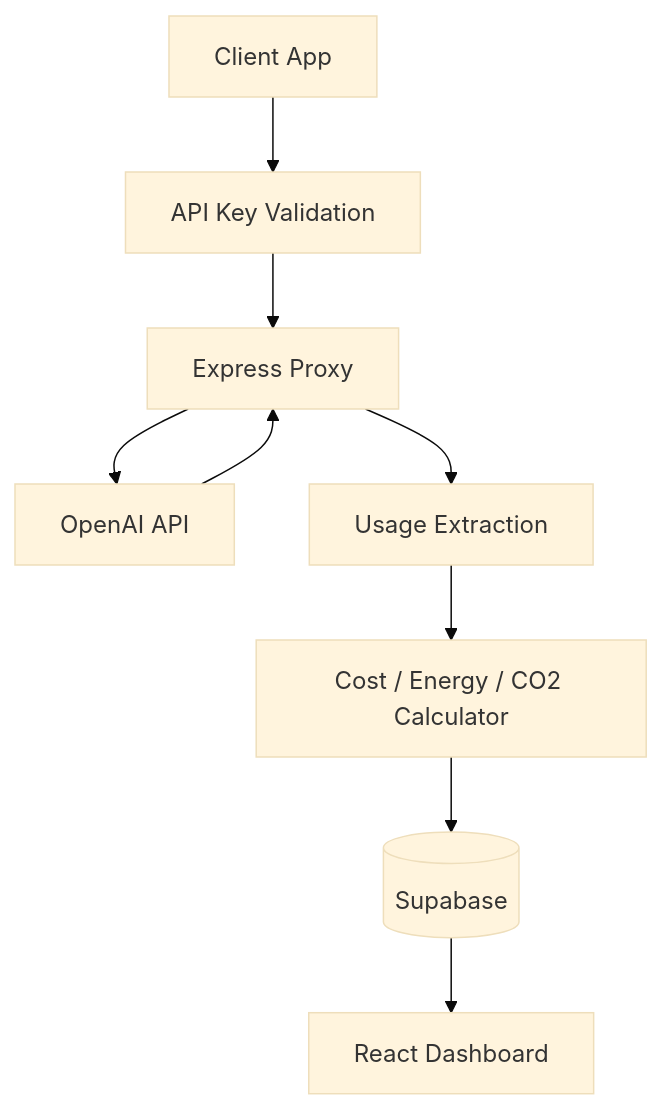
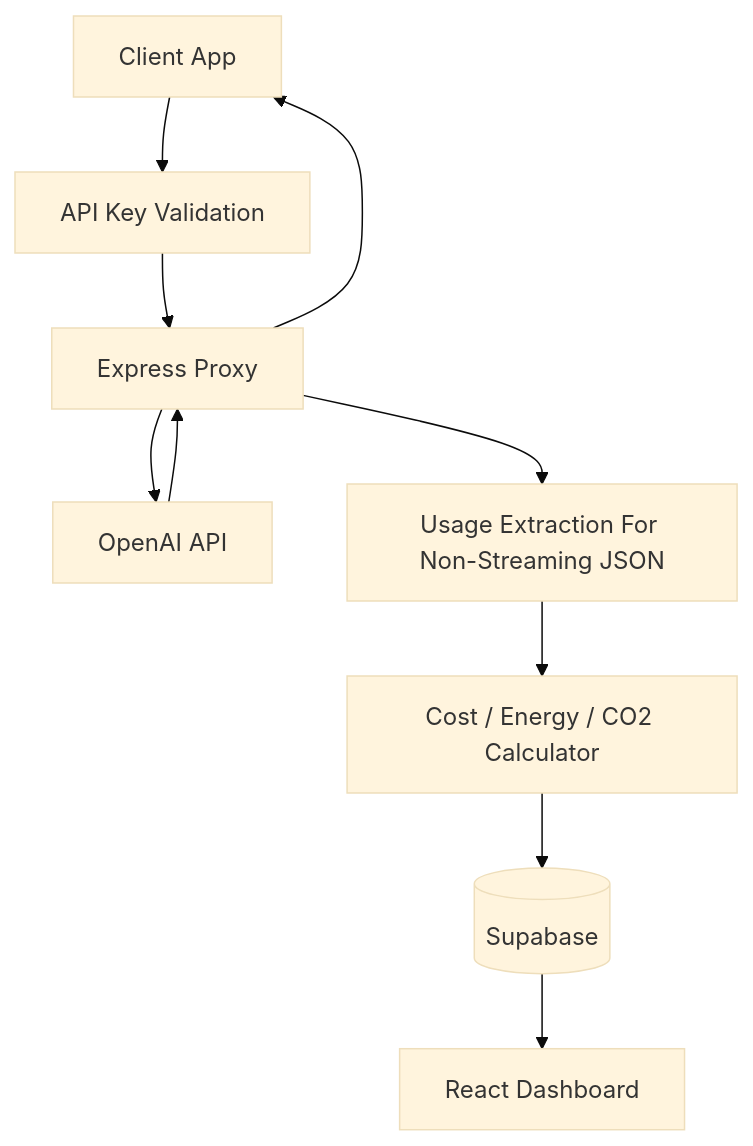
The first of 2 diagrams in docs/architecture.md (arwinazizi/ai-energy-intelligence), drawn with Mermaid (base theme) before and after one commit. The commit also changed other lines of this file and 17 other files, not shown here.

````diff
--- a/docs/architecture.md
+++ b/docs/architecture.md
@@ -5,11 +5,12 @@
 ```mermaid
 flowchart TD
     client["Client App"] --> auth["API Key Validation"]
     auth --> proxy["Express Proxy"]
     proxy --> openai["OpenAI API"]
     openai --> proxy
-    proxy --> extractor["Usage Extraction"]
+    proxy --> client
+    proxy --> extractor["Usage Extraction For Non-Streaming JSON"]
     extractor --> calculator["Cost / Energy / CO2 Calculator"]
     calculator --> db[("Supabase")]
     db --> dashboard["React Dashboard"]
 ```
````
